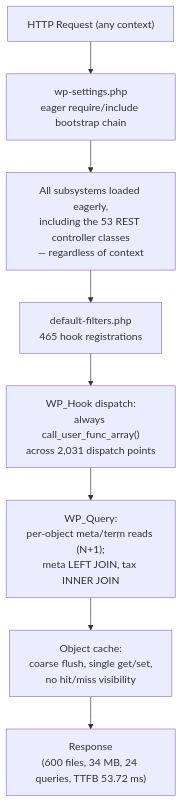
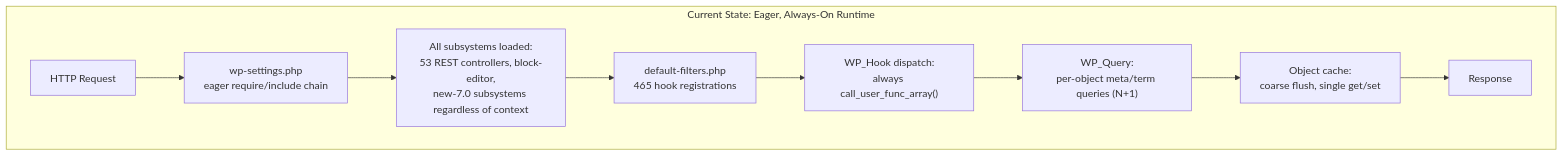
One commit to Blitzy-Sandbox/blitzy-wordpress changed the first of 3 diagrams in benchmarks/results/decision-log-and-traceability.md. Above: the diagram before and after it, drawn with Mermaid. The commit also changed other lines of this file and 18 other files, not shown here.

````diff
--- a/benchmarks/results/decision-log-and-traceability.md
+++ b/benchmarks/results/decision-log-and-traceability.md
@@ -208,13 +238,13 @@
 ```mermaid
 graph TD
-    %% Diagram: Runtime Architecture — Before (eager, always-on runtime)
-    %% Legend: rectangles = runtime stages executed in full for EVERY request context;
-    %% this entire path runs even when the context does not need the loaded subsystems.
-    A["HTTP Request (any context)"] --> B["wp-settings.php<br/>eager require/include bootstrap chain"]
-    B --> C["All subsystems loaded eagerly,<br/>including the 53 REST controller classes<br/>— regardless of context"]
-    C --> D["default-filters.php<br/>465 hook registrations"]
-    D --> E["WP_Hook dispatch:<br/>always call_user_func_array()<br/>across 2,031 dispatch points"]
-    E --> F["WP_Query:<br/>per-object meta/term reads (N+1);<br/>meta LEFT JOIN, tax INNER JOIN"]
-    F --> G["Object cache:<br/>coarse flush, single get/set,<br/>no hit/miss visibility"]
-    G --> H["Response<br/>(600 files, 34 MB, 24 queries, TTFB 53.72 ms)"]
+    subgraph Before["Current State: Eager, Always-On Runtime"]
+        A["HTTP Request"] --> B["wp-settings.php<br/>eager require/include chain"]
+        B --> C["All subsystems loaded:<br/>53 REST controllers, block-editor,<br/>new-7.0 subsystems regardless of context"]
+        C --> D["default-filters.php<br/>465 hook registrations"]
+        D --> E["WP_Hook dispatch:<br/>always call_user_func_array()"]
+        E --> F["WP_Query:<br/>per-object meta/term queries (N+1)"]
+        F --> G["Object cache:<br/>coarse flush, single get/set"]
+        G --> H["Response"]
+    end
+    %% Legend: boxes = runtime stages; this path runs in full for every request context
 ```
````
